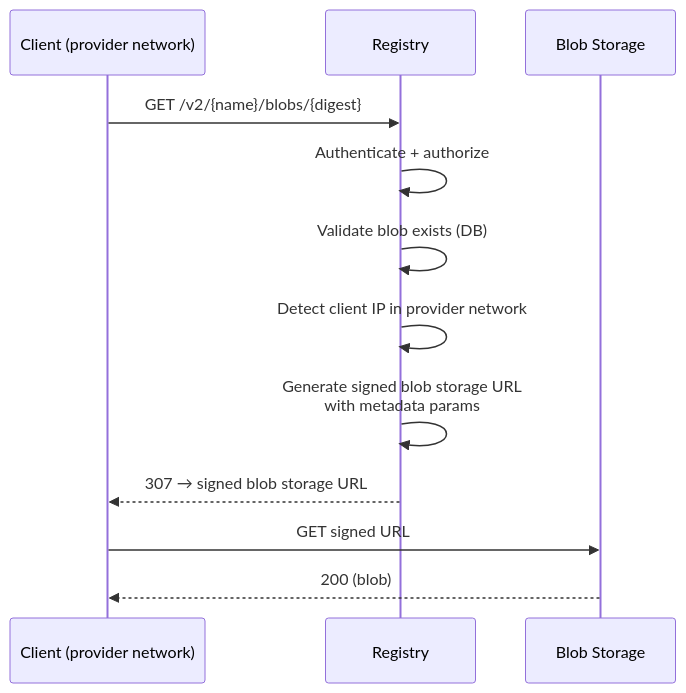
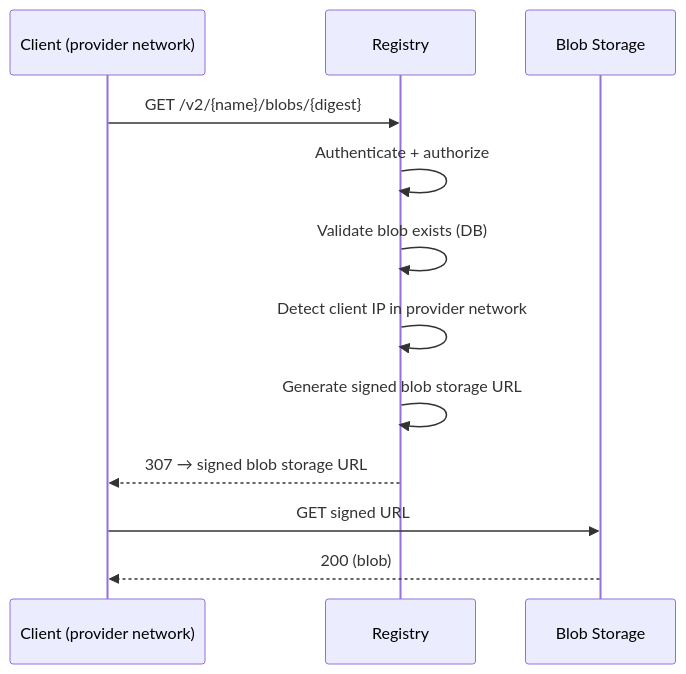
Before and after one commit to kyama0/gitlab-handbook-ja: the second of 3 diagrams in content/handbook/engineering/architecture/design-documents/artifact_registry/decisions/013_storage_backend_interaction.md, drawn with Mermaid. The commit also changed other lines of this file and 8 other files, not shown here.

````diff
--- a/content/handbook/engineering/architecture/design-documents/artifact_registry/decisions/013_storage_backend_interaction.md
+++ b/content/handbook/engineering/architecture/design-documents/artifact_registry/decisions/013_storage_backend_interaction.md
@@ -77,15 +77,15 @@
 ```mermaid
 sequenceDiagram
     participant C as Client (provider network)
     participant App as Registry
     participant BS as Blob Storage
 
     C->>App: GET /v2/{name}/blobs/{digest}
     App->>App: Authenticate + authorize
     App->>App: Validate blob exists (DB)
     App->>App: Detect client IP in provider network
-    App->>App: Generate signed blob storage URL<br/>with metadata params
+    App->>App: Generate signed blob storage URL
     App-->>C: 307 → signed blob storage URL
     C->>BS: GET signed URL
     BS-->>C: 200 (blob)
 ```
````
